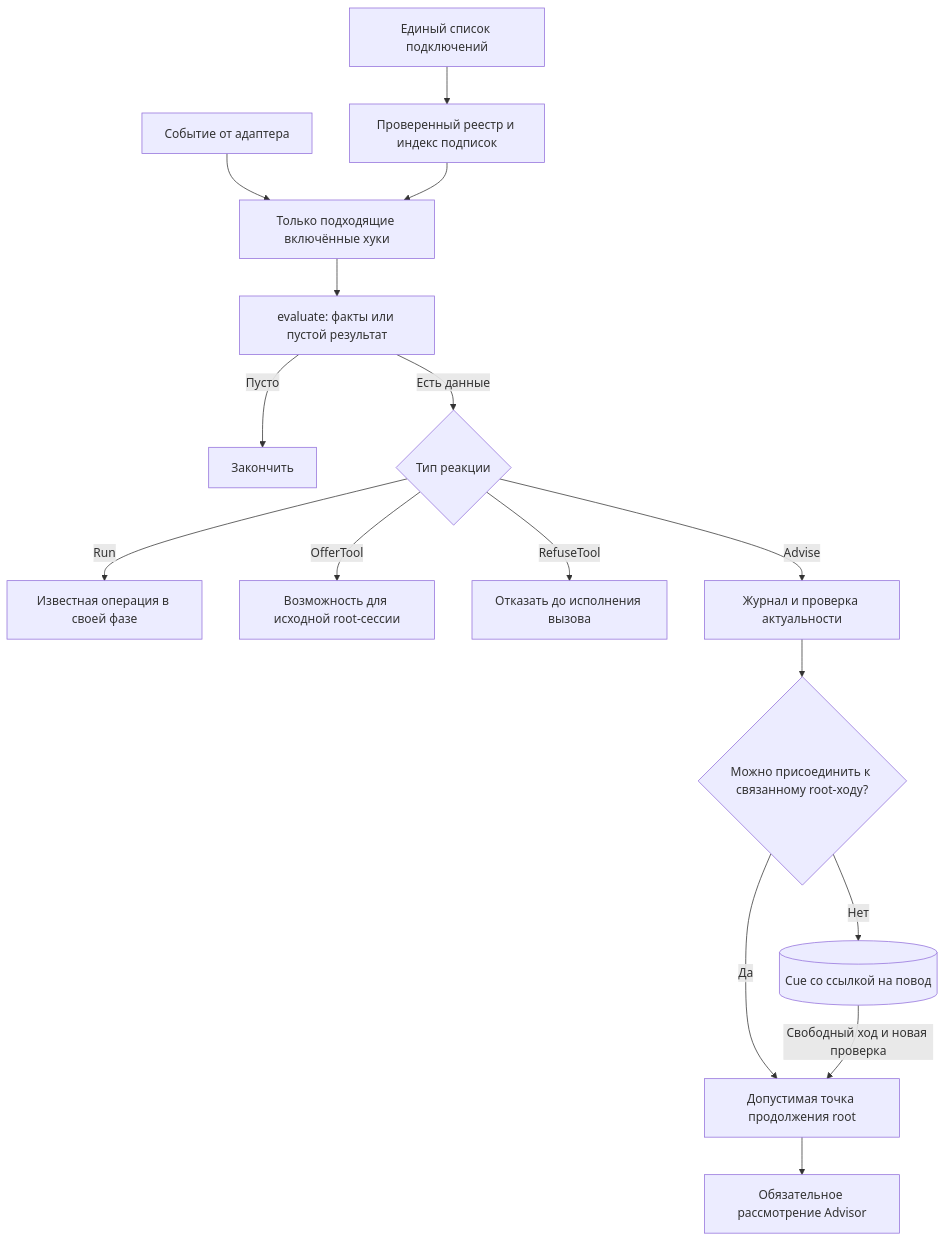
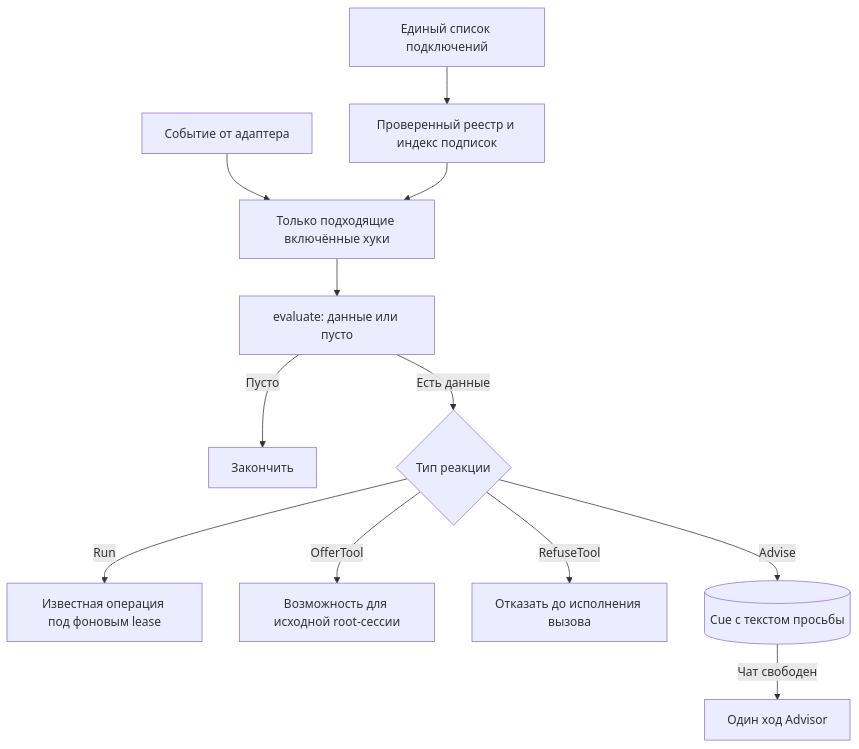
Before and after one commit to myvaheed/tg-ai-safwa: the diagram in docs/HOOK_ARCH.md, drawn with Mermaid. The commit also changed other lines of this file and 2 other files, not shown here.

Commit message:
v9.57 an initiative is one request to the Advisor through a Cue; hooks on a schedule remember only when they asked

````diff
--- a/docs/HOOK_ARCH.md
+++ b/docs/HOOK_ARCH.md
@@ -263,18 +230,14 @@
 ```mermaid
 flowchart TD
     A["Единый список подключений"] --> B["Проверенный реестр и индекс подписок"]
     C["Событие от адаптера"] --> D["Только подходящие включённые хуки"]
     B --> D
-    D --> E["evaluate: факты или пустой результат"]
+    D --> E["evaluate: данные или пусто"]
     E -->|Пусто| Z["Закончить"]
     E -->|Есть данные| F{"Тип реакции"}
-    F -->|Run| G["Известная операция в своей фазе"]
+    F -->|Run| G["Известная операция под фоновым lease"]
     F -->|OfferTool| H["Возможность для исходной root-сессии"]
     F -->|RefuseTool| I["Отказать до исполнения вызова"]
-    F -->|Advise| J["Журнал и проверка актуальности"]
-    J --> K{"Можно присоединить к связанному root-ходу?"}
-    K -->|Да| L["Допустимая точка продолжения root"]
-    K -->|Нет| M[("Cue со ссылкой на повод")]
-    M -->|Свободный ход и новая проверка| L
-    L --> N["Обязательное рассмотрение Advisor"]
+    F -->|Advise| J[("Cue с текстом просьбы")]
+    J -->|Чат свободен| K["Один ход Advisor"]
 ```
````
